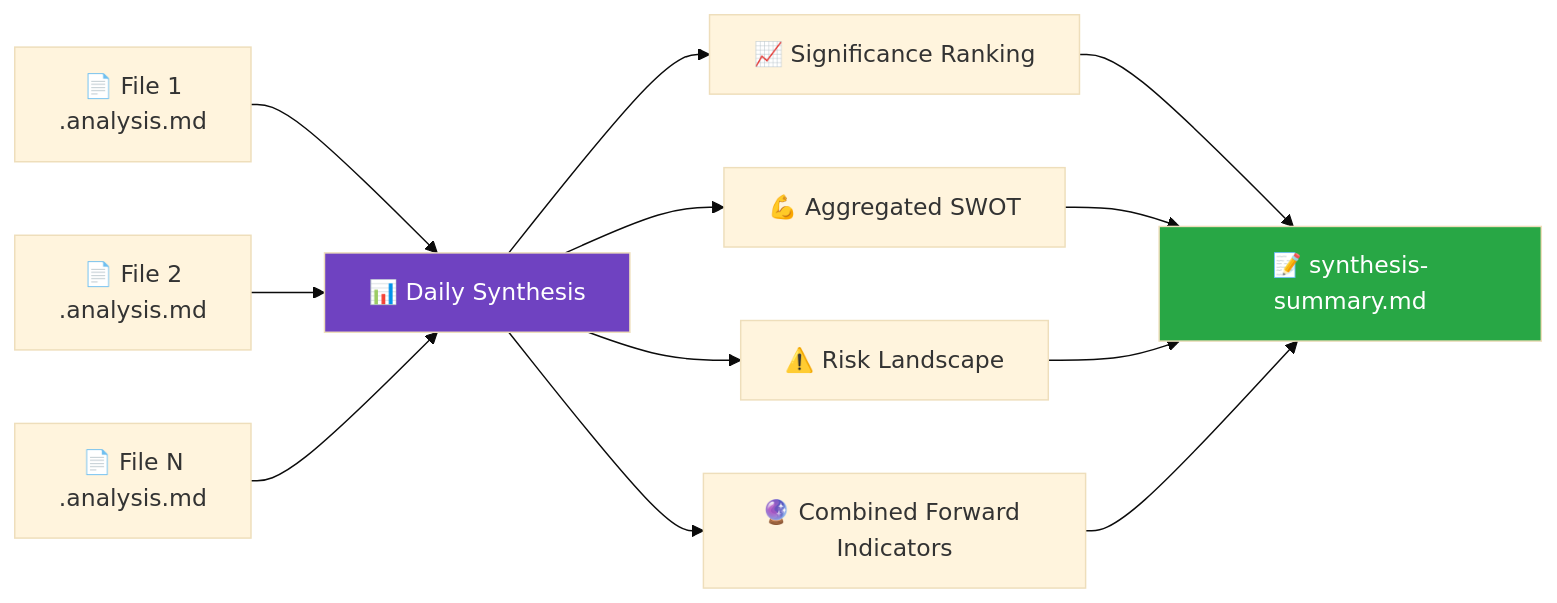
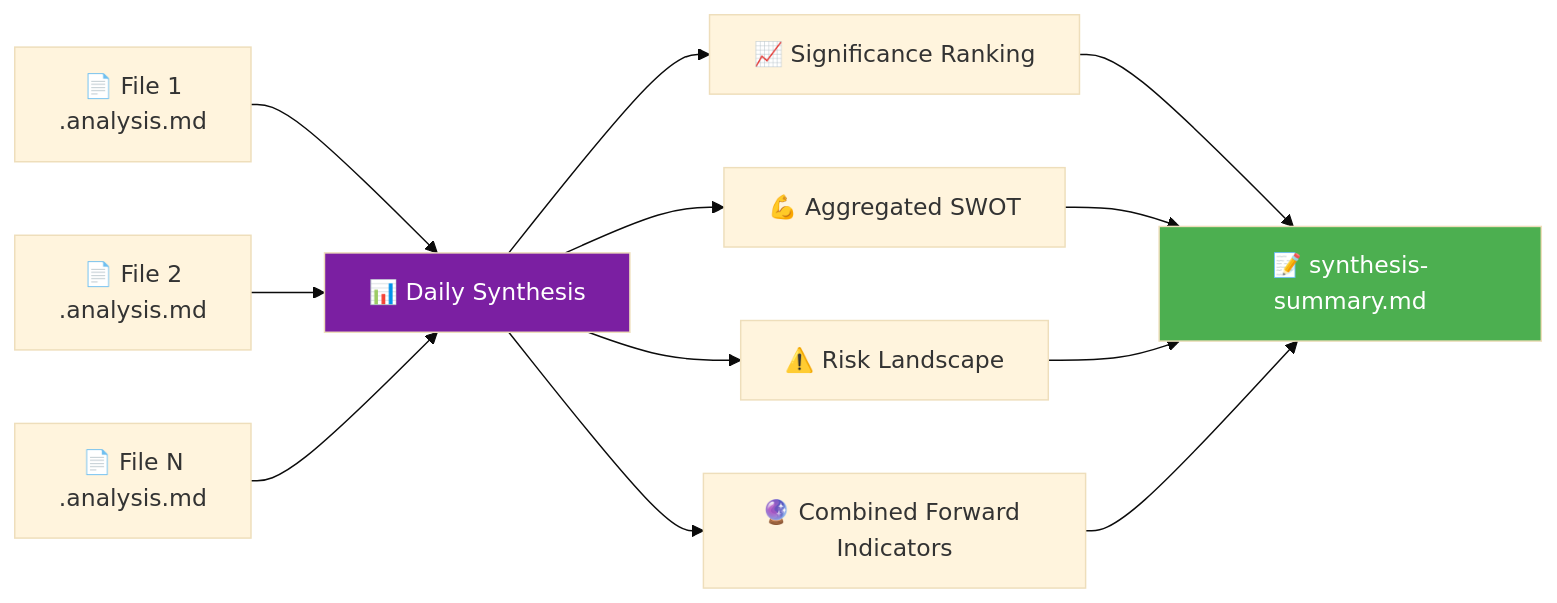
One commit to Hack23/riksdagsmonitor changed the fifth of 11 diagrams in analysis/methodologies/ai-driven-analysis-guide.md. Above: the diagram before and after it, drawn with Mermaid (base theme). The commit also changed other lines of this file and 14 other files, not shown here.

First line of the commit message:
Align analysis/ mermaid diagrams with ISMS Style Guide palette and convert SWOT to quadrantChart

````diff
--- a/analysis/methodologies/ai-driven-analysis-guide.md
+++ b/analysis/methodologies/ai-driven-analysis-guide.md
@@ -608,19 +608,19 @@
 ```mermaid
 flowchart LR
     A["📄 File 1<br/>.analysis.md"] --> SYN["📊 Daily Synthesis"]
     B["📄 File 2<br/>.analysis.md"] --> SYN
     C["📄 File N<br/>.analysis.md"] --> SYN
     
     SYN --> R1["📈 Significance Ranking"]
     SYN --> R2["💪 Aggregated SWOT"]
     SYN --> R3["⚠️ Risk Landscape"]
     SYN --> R4["🔮 Combined Forward Indicators"]
     
     R1 --> OUT["📝 synthesis-summary.md"]
     R2 --> OUT
     R3 --> OUT
     R4 --> OUT
     
-    style SYN fill:#6f42c1,color:#fff
-    style OUT fill:#28a745,color:#fff
+    style SYN fill:#7B1FA2,color:#FFFFFF
+    style OUT fill:#4CAF50,color:#FFFFFF
 ```
````
